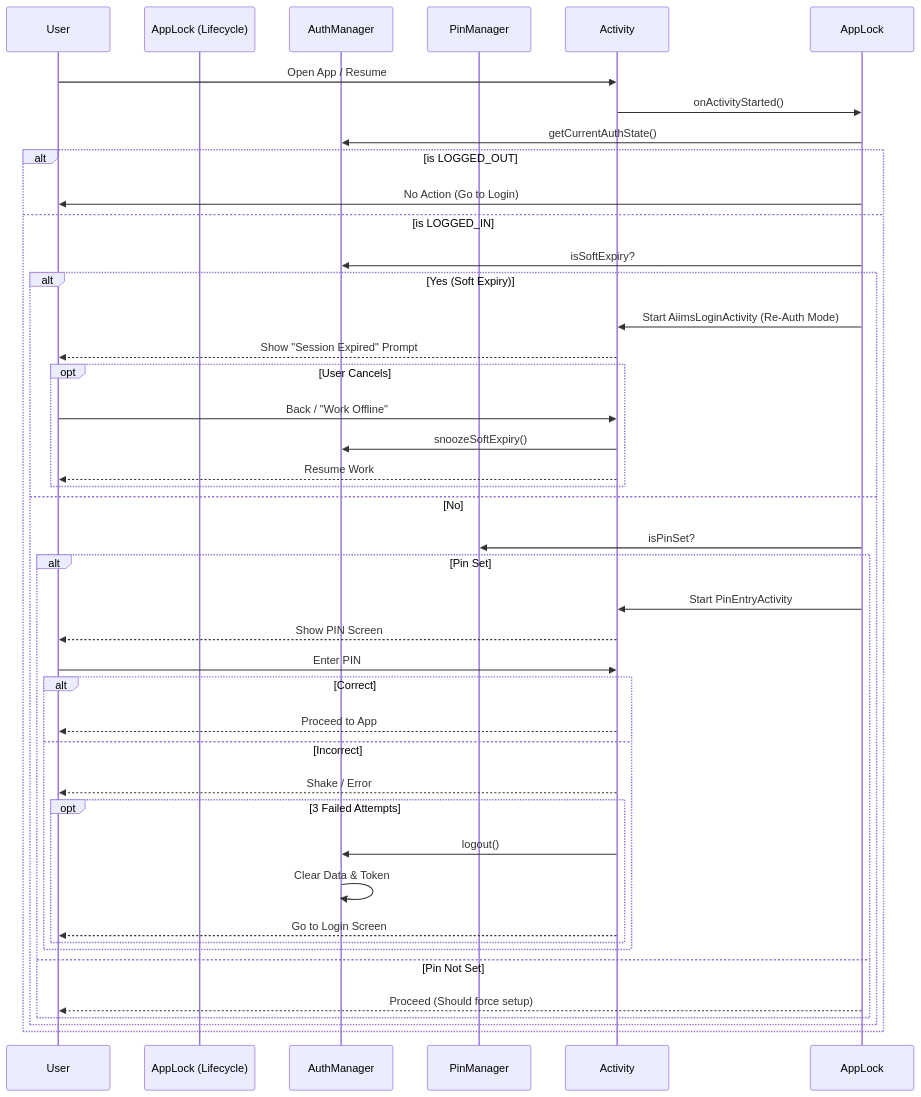
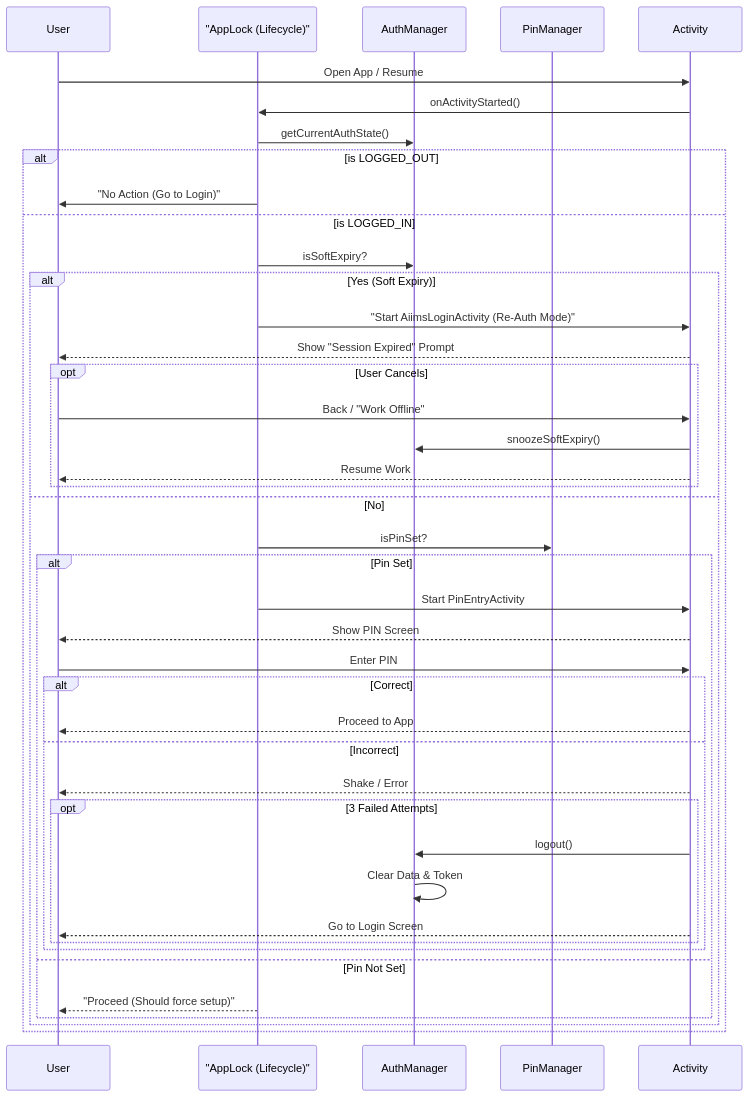
The second of 3 diagrams in docs/AIIMS_FLOWCHART.md (drguptavivek/collect), drawn with Mermaid before and after one commit. The commit also changed other lines of this file, not shown here.

Commit message:
docs: Fix Mermaid syntax errors (quote special characters)

````diff
--- a/docs/AIIMS_FLOWCHART.md
+++ b/docs/AIIMS_FLOWCHART.md
@@ -46,49 +46,49 @@
 ```mermaid
 sequenceDiagram
     participant User
-    participant AppLock (Lifecycle)
+    participant AppLock as "AppLock (Lifecycle)"
     participant AuthManager
     participant PinManager
     participant Activity
     
     User->>Activity: Open App / Resume
     Activity->>AppLock: onActivityStarted()
     
     AppLock->>AuthManager: getCurrentAuthState()
     
     alt is LOGGED_OUT
-        AppLock->>User: No Action (Go to Login)
+        AppLock->>User: "No Action (Go to Login)"
     else is LOGGED_IN
         AppLock->>AuthManager: isSoftExpiry?
         alt Yes (Soft Expiry)
-            AppLock->>Activity: Start AiimsLoginActivity (Re-Auth Mode)
+            AppLock->>Activity: "Start AiimsLoginActivity (Re-Auth Mode)"
             Activity-->>User: Show "Session Expired" Prompt
             
             opt User Cancels
                User->>Activity: Back / "Work Offline"
                Activity->>AuthManager: snoozeSoftExpiry()
                Activity-->>User: Resume Work
             end
         else No
             AppLock->>PinManager: isPinSet?
             alt Pin Set
                  AppLock->>Activity: Start PinEntryActivity
                  Activity-->>User: Show PIN Screen
                  User->>Activity: Enter PIN
                  
                  alt Correct
                      Activity-->>User: Proceed to App
                  else Incorrect
                      Activity-->>User: Shake / Error
                      opt 3 Failed Attempts
                          Activity->>AuthManager: logout()
                          AuthManager->>AuthManager: Clear Data & Token
                          Activity-->>User: Go to Login Screen
                      end
                  end
             else Pin Not Set
-                 AppLock-->>User: Proceed (Should force setup)
+                 AppLock-->>User: "Proceed (Should force setup)"
             end
         end
     end
 ```
````
